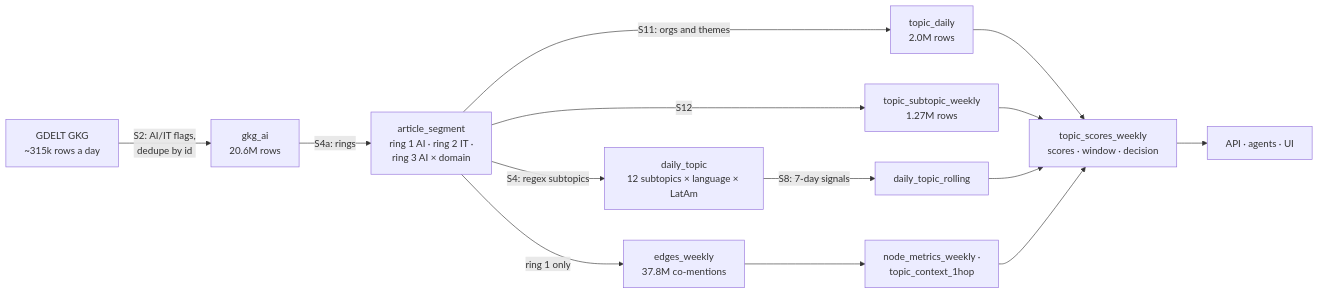
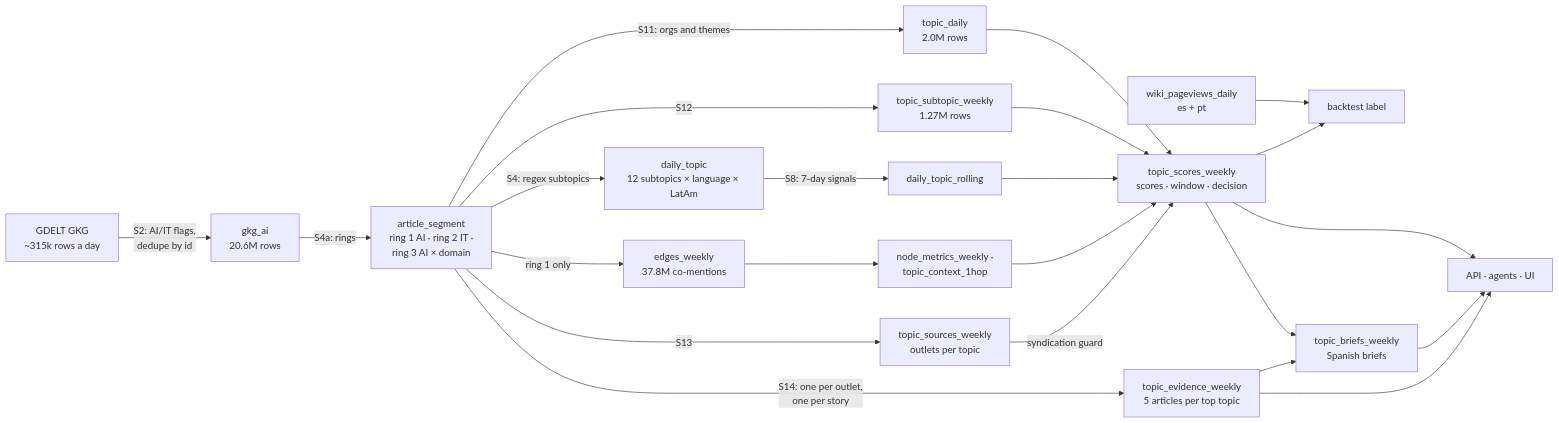
One commit to LEONOB2014/Blinky changed the second of 9 diagrams in README.md. Above: the diagram before and after it, drawn with Mermaid. The commit also changed other lines of this file, not shown here.

Commit message:
docs: rework the README architecture, data flow, agents, eval and deploy diagrams

````diff
--- a/README.md
+++ b/README.md
@@ -114,16 +151,25 @@
 ```mermaid
 flowchart LR
   R["GDELT GKG<br/>~315k rows a day"] -->|"S2: AI/IT flags,<br/>dedupe by id"| A["gkg_ai<br/>20.6M rows"]
   A -->|"S4a: rings"| SEG["article_segment<br/>ring 1 AI · ring 2 IT ·<br/>ring 3 AI × domain"]
   SEG -->|"S4: regex subtopics"| DT["daily_topic<br/>12 subtopics × language × LatAm"]
   SEG -->|"S11: orgs and themes"| TD["topic_daily<br/>2.0M rows"]
   SEG -->|"ring 1 only"| E["edges_weekly<br/>37.8M co-mentions"]
   SEG -->|"S12"| TS["topic_subtopic_weekly<br/>1.27M rows"]
+  SEG -->|"S13"| SRCW["topic_sources_weekly<br/>outlets per topic"]
+  SEG -->|"S14: one per outlet,<br/>one per story"| EV["topic_evidence_weekly<br/>5 articles per top topic"]
   DT -->|"S8: 7-day signals"| RO["daily_topic_rolling"]
   E --> NM["node_metrics_weekly ·<br/>topic_context_1hop"]
+  WP["wiki_pageviews_daily<br/>es + pt"] --> BT["backtest label"]
   TD --> SC["topic_scores_weekly<br/>scores · window · decision"]
   TS --> SC
   RO --> SC
   NM --> SC
-  SC --> UI["API · agents · UI"]
+  SRCW -->|"syndication guard"| SC
+  SC --> BT
+  SC --> BRF["topic_briefs_weekly<br/>Spanish briefs"]
+  EV --> BRF
+  SC --> OUT["API · agents · UI"]
+  BRF --> OUT
+  EV --> OUT
 ```
````
